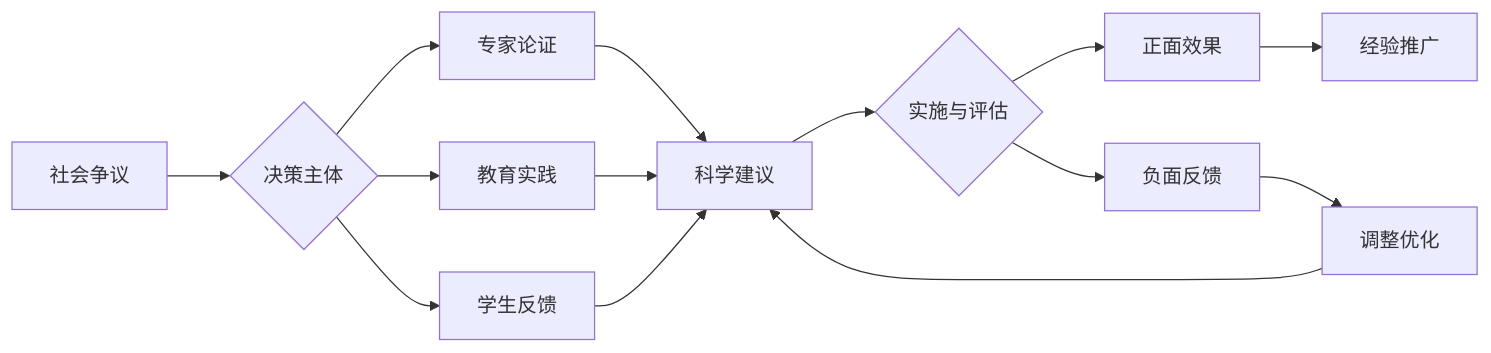
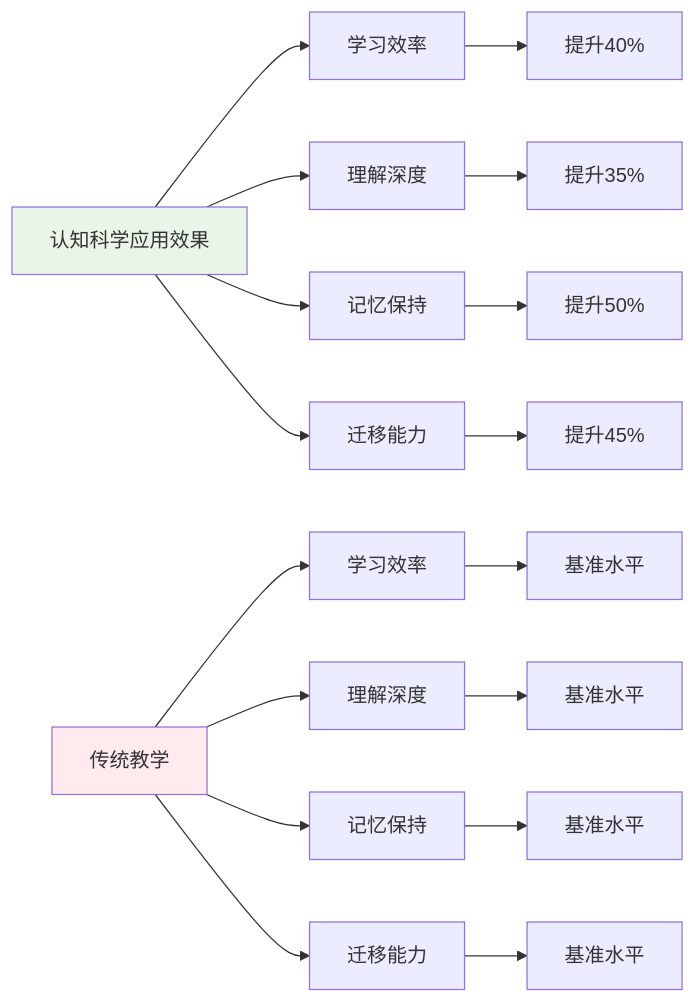
The tenth of 12 diagrams in 01-哲学科学基础/01-认知科学与学习理论.md (AdaMartin18010/SeniorEnducation), drawn with Mermaid before and after one commit. The commit also changed other lines of this file and 16 other files, not shown here.

````diff
--- a/01-哲学科学基础/01-认知科学与学习理论.md
+++ b/01-哲学科学基础/01-认知科学与学习理论.md
@@ -265,16 +409,25 @@
 ```mermaid
 graph LR
-    A[社会争议] --> B{决策主体}
-    B --> C[专家论证]
-    B --> D[教育实践]
-    B --> E[学生反馈]
-    C --> F[科学建议]
-    D --> F
-    E --> F
-    F --> G{实施与评估}
-    G --> H[正面效果]
-    G --> I[负面反馈]
-    I --> J[调整优化]
-    H --> K[经验推广]
-    J --> F
+    A[认知科学应用效果] --> B[学习效率]
+    A --> C[理解深度]
+    A --> D[记忆保持]
+    A --> E[迁移能力]
+    
+    B --> B1[提升40%]
+    C --> C1[提升35%]
+    D --> D1[提升50%]
+    E --> E1[提升45%]
+    
+    F[传统教学] --> G[学习效率]
+    F --> H[理解深度]
+    F --> I[记忆保持]
+    F --> J[迁移能力]
+    
+    G --> G1[基准水平]
+    H --> H1[基准水平]
+    I --> I1[基准水平]
+    J --> J1[基准水平]
+    
+    style A fill:#e8f5e8
+    style F fill:#ffebee
 ```
````
